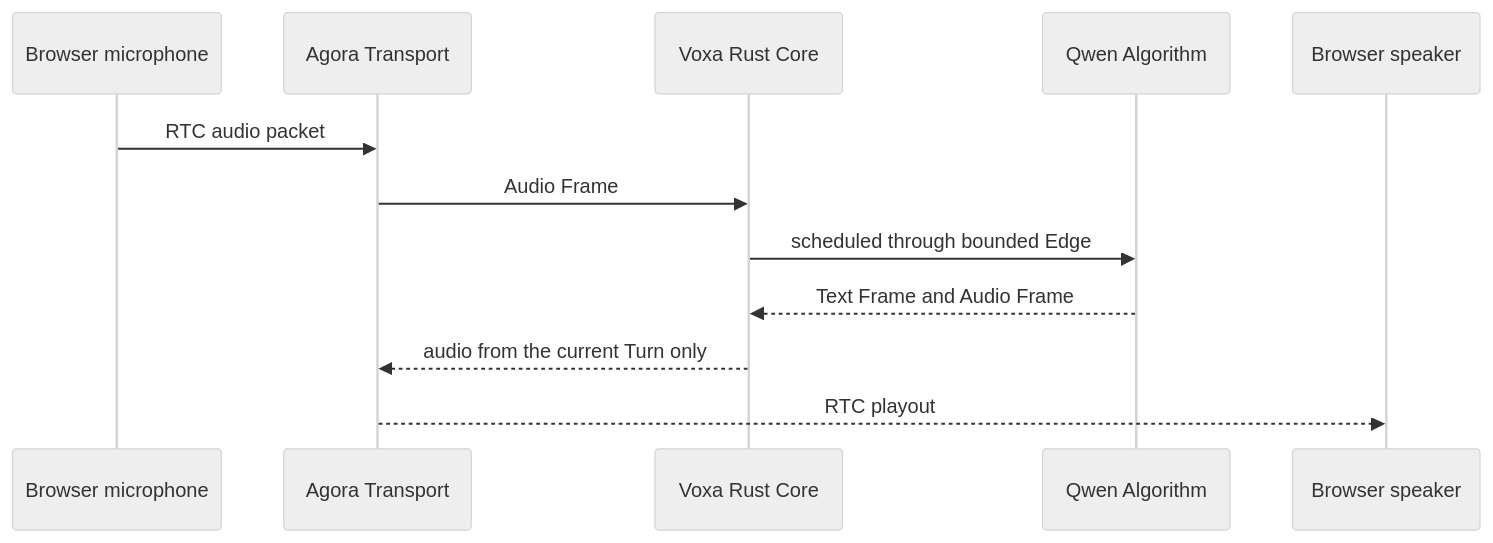
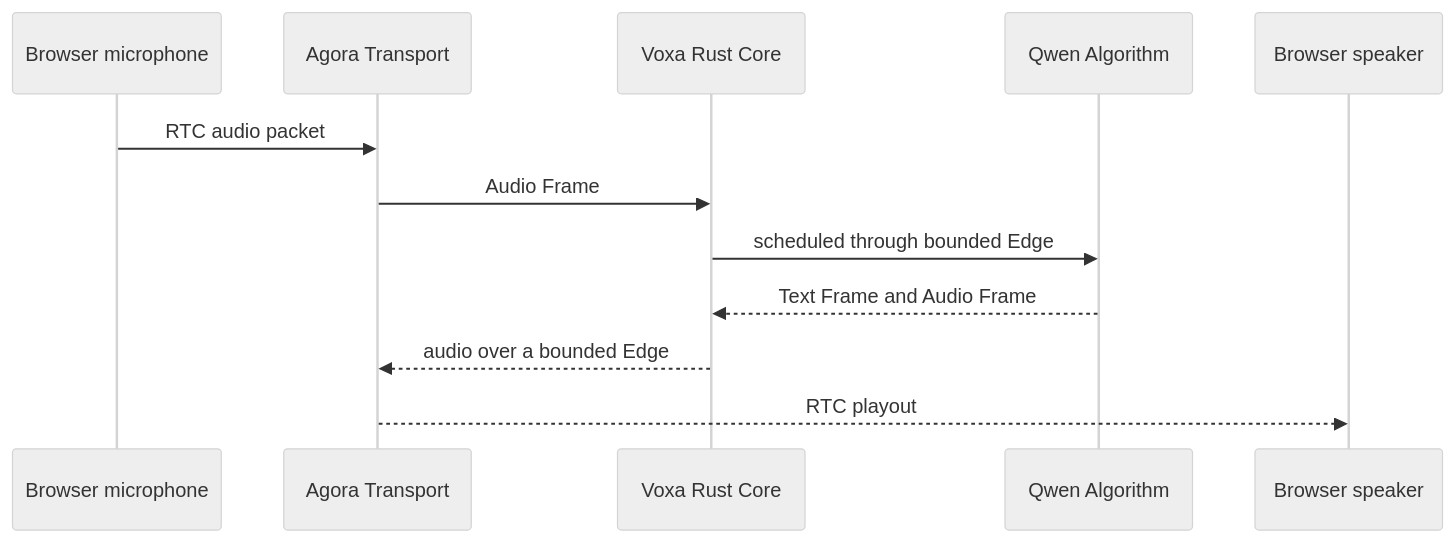
One commit to PiyotaHu/Voxa changed the second of 2 diagrams in docs/site/en/concepts.md. Above: the diagram before and after it, drawn with Mermaid (neutral theme). The commit also changed other lines of this file and 105 other files, not shown here.

````diff
--- a/docs/site/en/concepts.md
+++ b/docs/site/en/concepts.md
@@ -88,15 +90,15 @@
 ```mermaid
 sequenceDiagram
     participant Browser as Browser microphone
     participant Agora as Agora Transport
     participant Core as Voxa Rust Core
     participant Qwen as Qwen Algorithm
     participant Speaker as Browser speaker
 
     Browser->>Agora: RTC audio packet
     Agora->>Core: Audio Frame
     Core->>Qwen: scheduled through bounded Edge
     Qwen-->>Core: Text Frame and Audio Frame
-    Core-->>Agora: audio from the current Turn only
+    Core-->>Agora: audio over a bounded Edge
     Agora-->>Speaker: RTC playout
 ```
````
